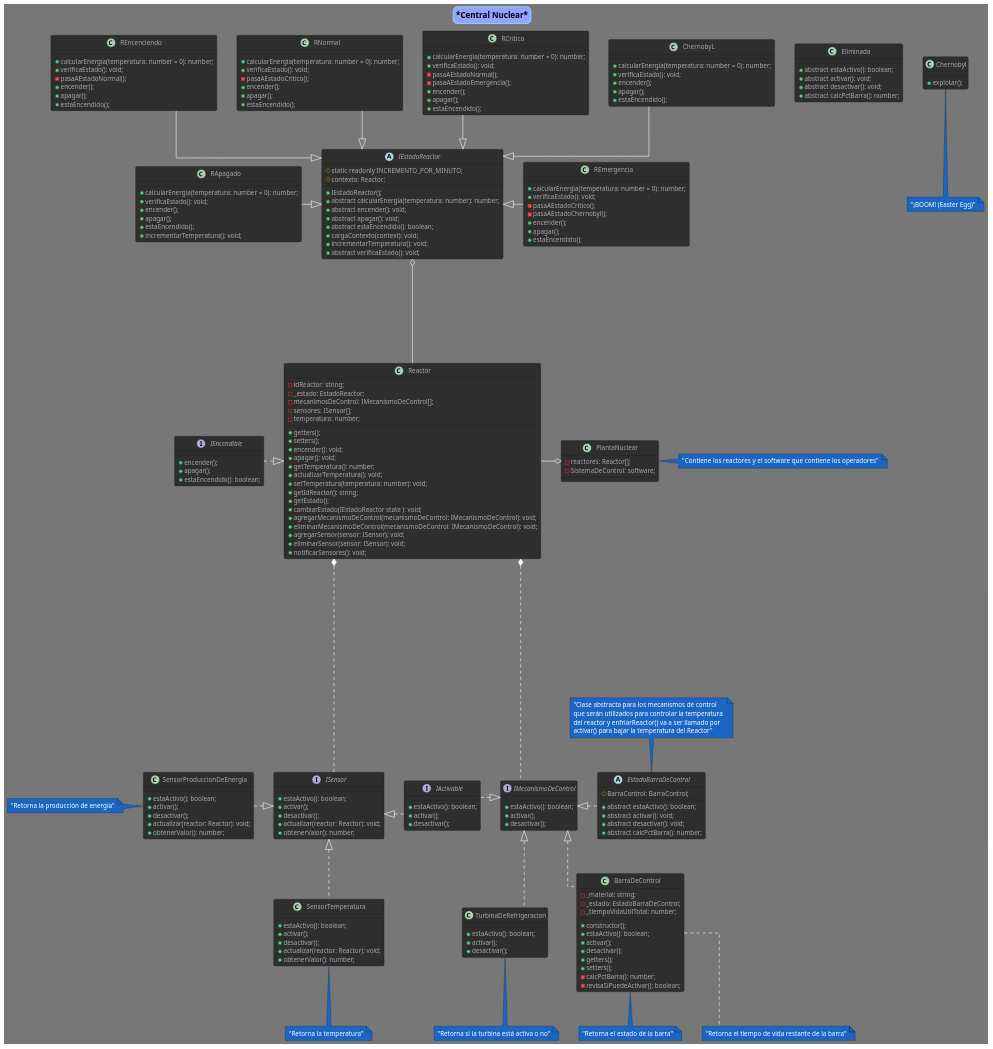
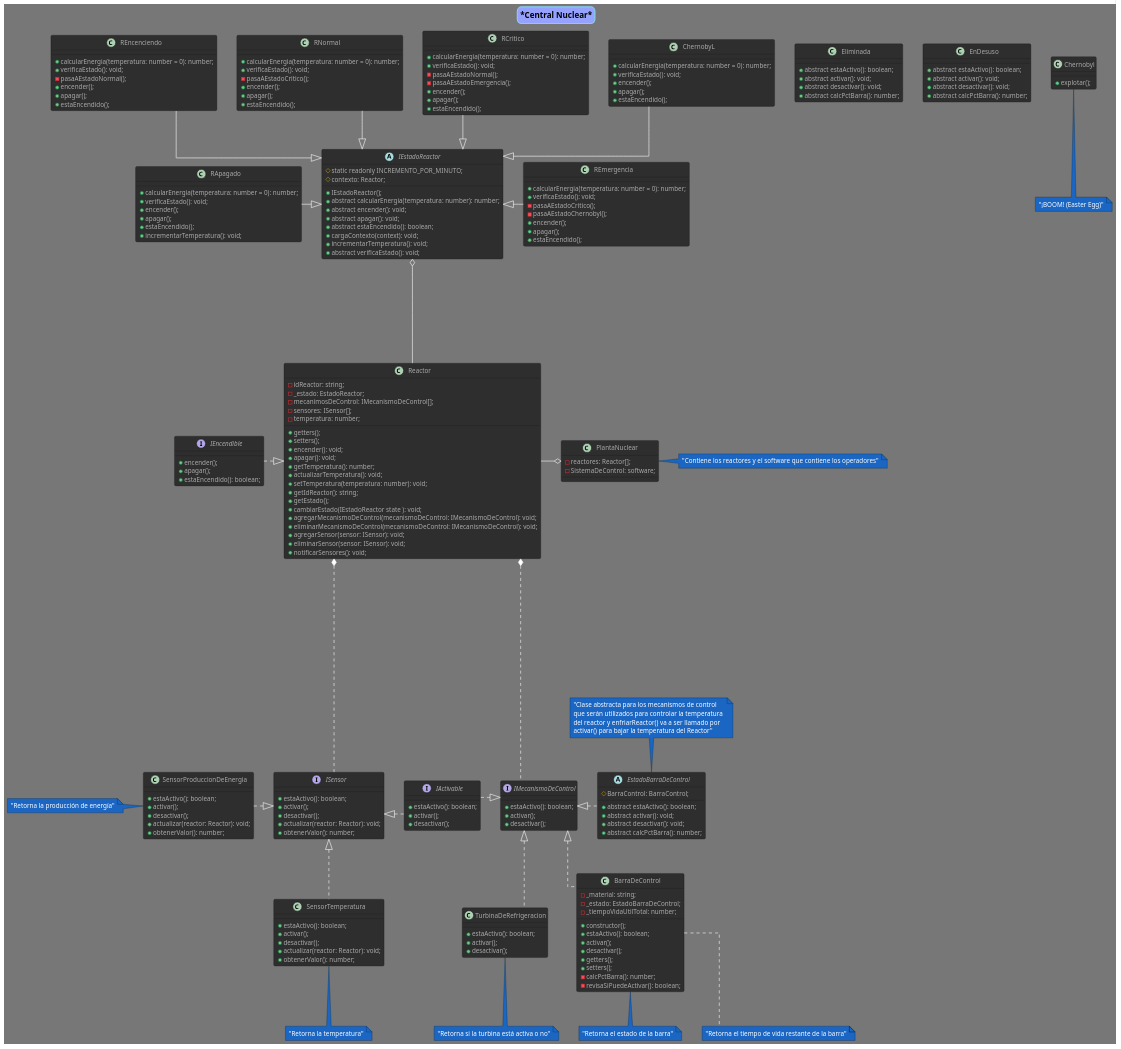
The diagram in diagrams/clases_central_nuclear.puml (fmiguezo/reactor_nuclear), drawn with PlantUML before and after one commit.

Commit message:
Agregada EnDesuso, extiende de Estados

```diff
--- a/diagrams/clases_central_nuclear.puml
+++ b/diagrams/clases_central_nuclear.puml
@@ -197,6 +197,13 @@
     +abstract calcPctBarra(): number;
 }
 
+class EnDesuso {
+    +abstract estaActivo(): boolean;
+    +abstract activar(): void;
+    +abstract desactivar(): void;
+    +abstract calcPctBarra(): number;
+}
+
 '' Turbina de refrigeración
 class TurbinaDeRefrigeracion implements IMecanismoDeControl {
     + estaActivo(): boolean;
```
